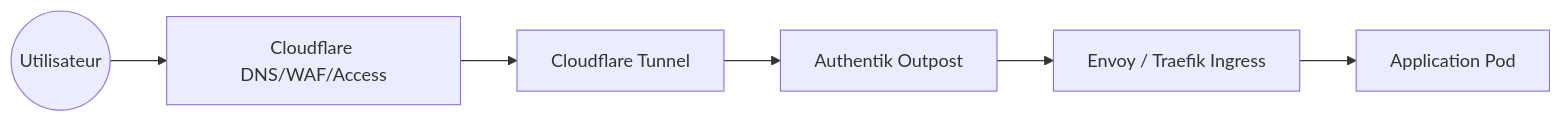
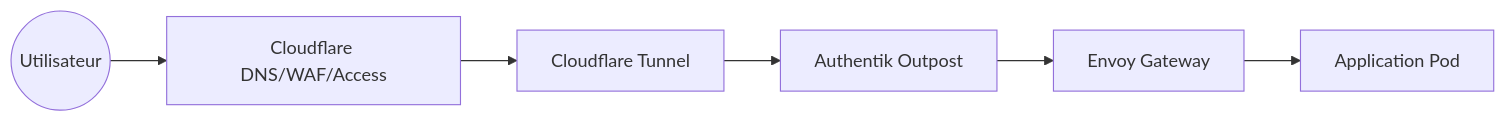
Before and after one commit to SmadjaPaul/homelab: the diagram in docs/NETWORKING.md, drawn with Mermaid. The commit also changed 3 other files, not shown here.

Commit message:
docs: Restore service catalog wishlist, update Traefik to Envoy Gateway, remove archive folder

````diff
--- a/docs/NETWORKING.md
+++ b/docs/NETWORKING.md
@@ -9,8 +9,8 @@
 ```mermaid
 graph LR
     User((Utilisateur)) --> CF[Cloudflare DNS/WAF/Access]
     CF --> Tunnel[Cloudflare Tunnel]
     Tunnel --> Outpost[Authentik Outpost]
-    Outpost --> Ingress[Envoy / Traefik Ingress]
+    Outpost --> Ingress[Envoy Gateway]
     Ingress --> Service[Application Pod]
 ```
````
